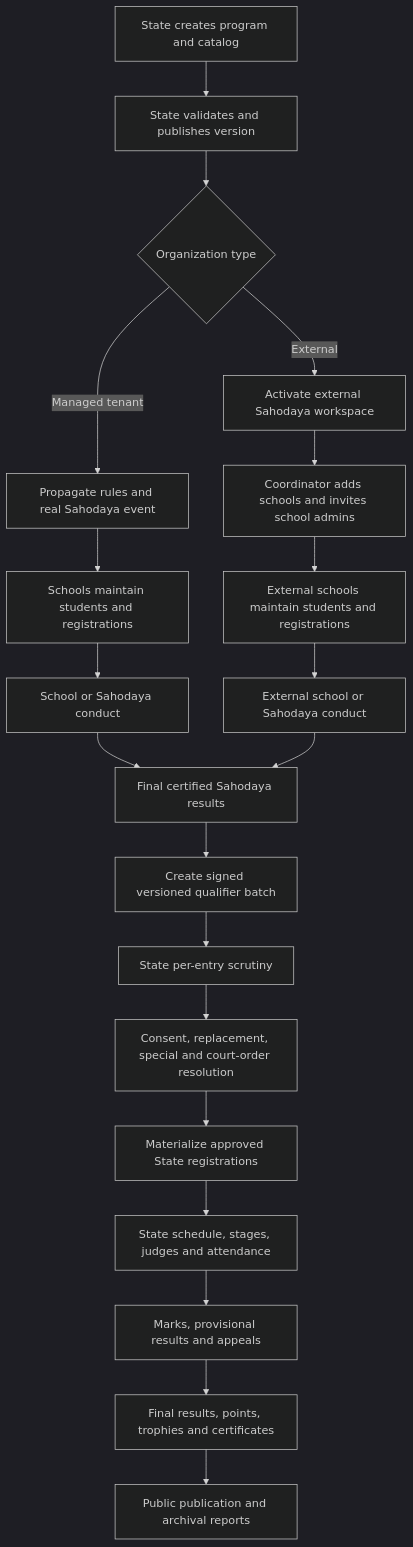
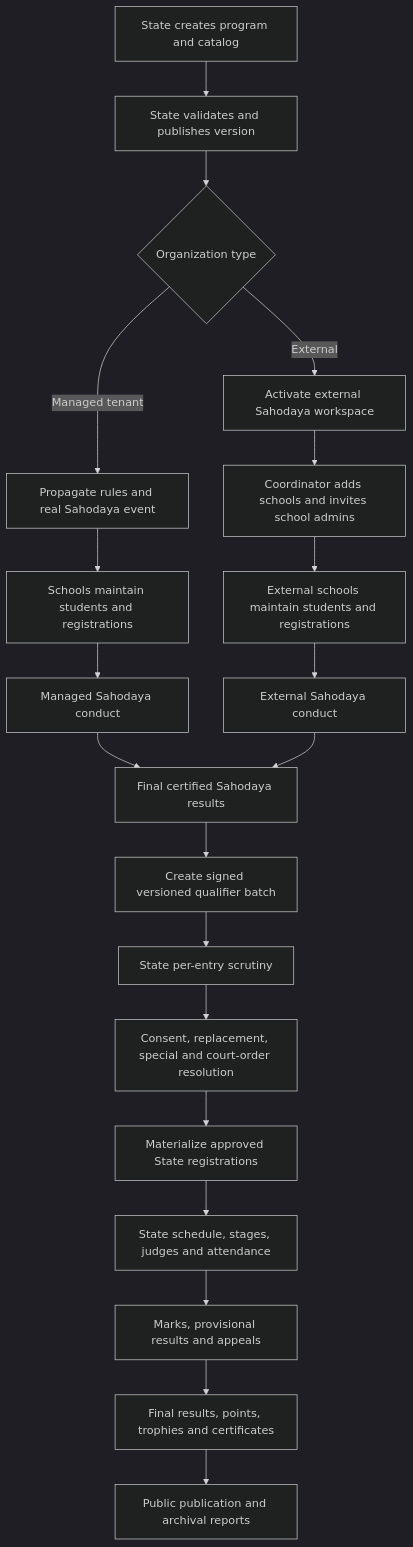
One commit to Anoop2404/multi-web changed the first of 5 diagrams in docs/STATE_KALOTSAV_MASTER_IMPLEMENTATION_PLAN.md. Above: the diagram before and after it, drawn with Mermaid (dark theme). The commit also changed other lines of this file and 129 other files, not shown here.

````diff
--- a/docs/STATE_KALOTSAV_MASTER_IMPLEMENTATION_PLAN.md
+++ b/docs/STATE_KALOTSAV_MASTER_IMPLEMENTATION_PLAN.md
@@ -105,22 +108,22 @@
 ```mermaid
 flowchart TD
     A["State creates program and catalog"] --> B["State validates and publishes version"]
     B --> C{"Organization type"}
     C -->|Managed tenant| D["Propagate rules and real Sahodaya event"]
     C -->|External| E["Activate external Sahodaya workspace"]
     D --> F["Schools maintain students and registrations"]
     E --> G["Coordinator adds schools and invites school admins"]
     G --> H["External schools maintain students and registrations"]
-    F --> I["School or Sahodaya conduct"]
-    H --> J["External school or Sahodaya conduct"]
+    F --> I["Managed Sahodaya conduct"]
+    H --> J["External Sahodaya conduct"]
     I --> K["Final certified Sahodaya results"]
     J --> K
     K --> L["Create signed versioned qualifier batch"]
     L --> M["State per-entry scrutiny"]
     M --> N["Consent, replacement, special and court-order resolution"]
     N --> O["Materialize approved State registrations"]
     O --> P["State schedule, stages, judges and attendance"]
     P --> Q["Marks, provisional results and appeals"]
     Q --> R["Final results, points, trophies and certificates"]
     R --> S["Public publication and archival reports"]
 ```
````
